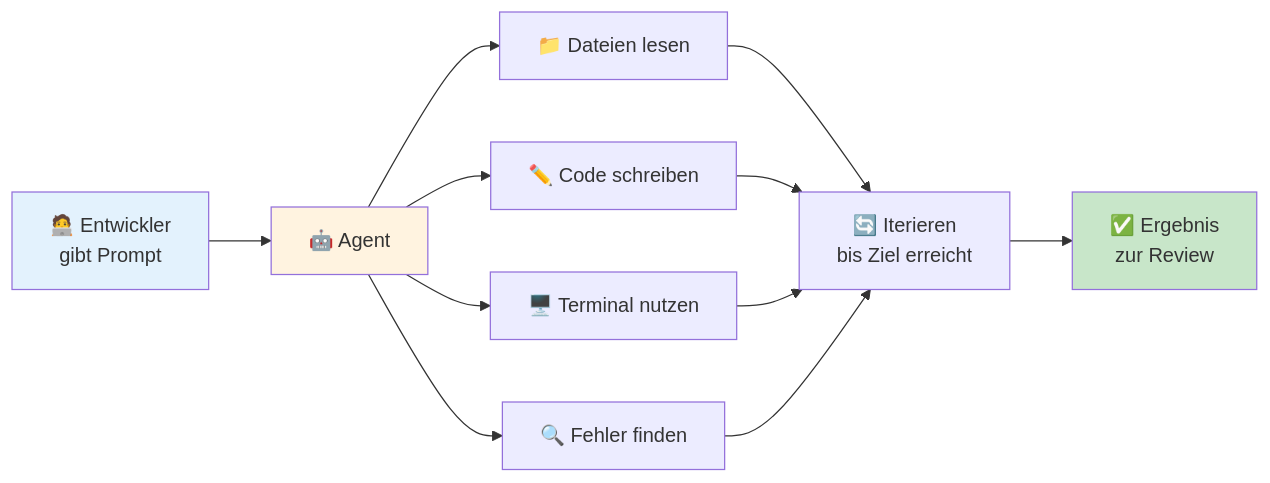
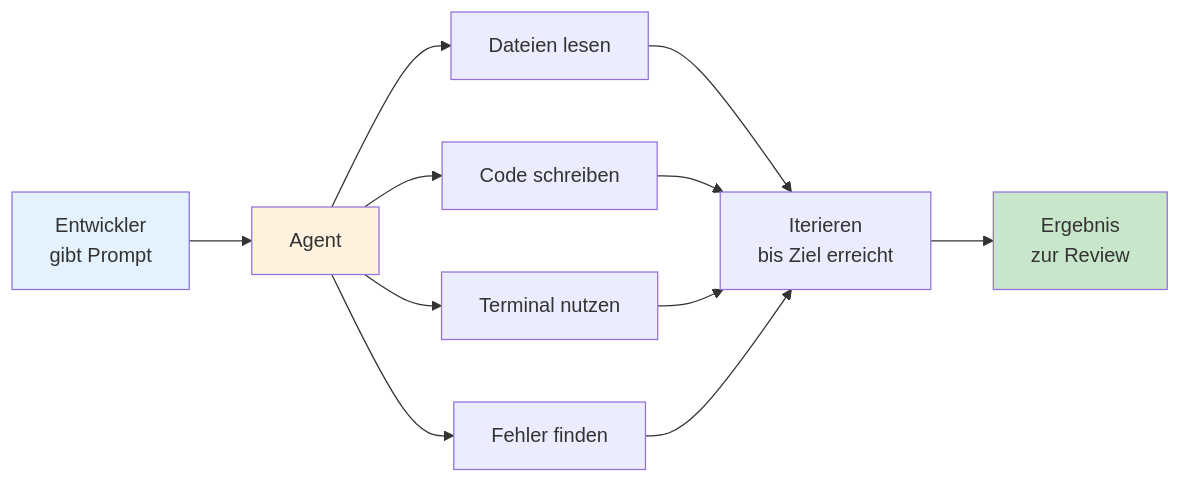
Before and after one commit to justinsz/ProPrompt: the third of 3 diagrams in coders_de.md, drawn with Mermaid. The commit also changed other lines of this file and 11 other files, not shown here.

````diff
--- a/coders_de.md
+++ b/coders_de.md
@@ -307,15 +307,15 @@
 ```mermaid
 flowchart LR
-    A[🧑‍💻 Entwickler<br/>gibt Prompt] --> B[🤖 Agent]
-    B --> C[📁 Dateien lesen]
-    B --> D[✏️ Code schreiben]
-    B --> E[🖥️ Terminal nutzen]
-    B --> F[🔍 Fehler finden]
-    
-    C & D & E & F --> G[🔄 Iterieren<br/>bis Ziel erreicht]
-    G --> H[✅ Ergebnis<br/>zur Review]
-    
+    A[Entwickler<br/>gibt Prompt] --> B[Agent]
+    B --> C[Dateien lesen]
+    B --> D[Code schreiben]
+    B --> E[Terminal nutzen]
+    B --> F[Fehler finden]
+
+    C & D & E & F --> G[Iterieren<br/>bis Ziel erreicht]
+    G --> H[Ergebnis<br/>zur Review]
+
     style A fill:#e3f2fd
     style B fill:#fff3e0
     style H fill:#c8e6c9
 ```
````
